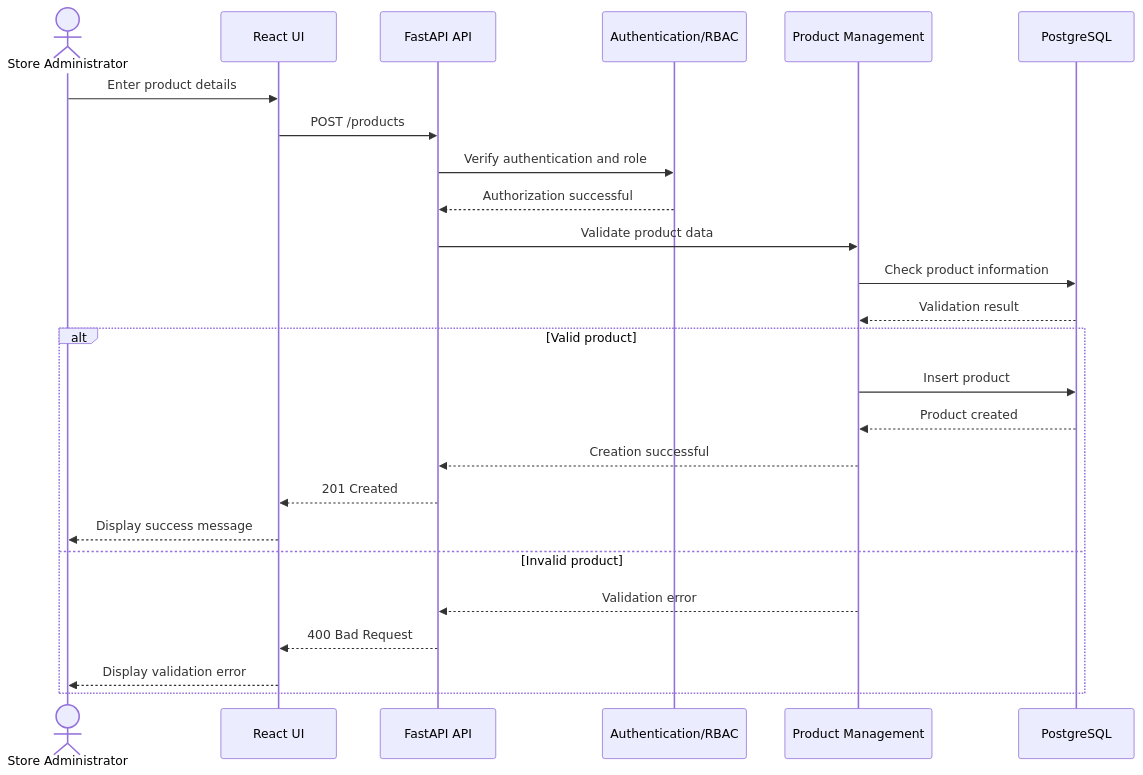
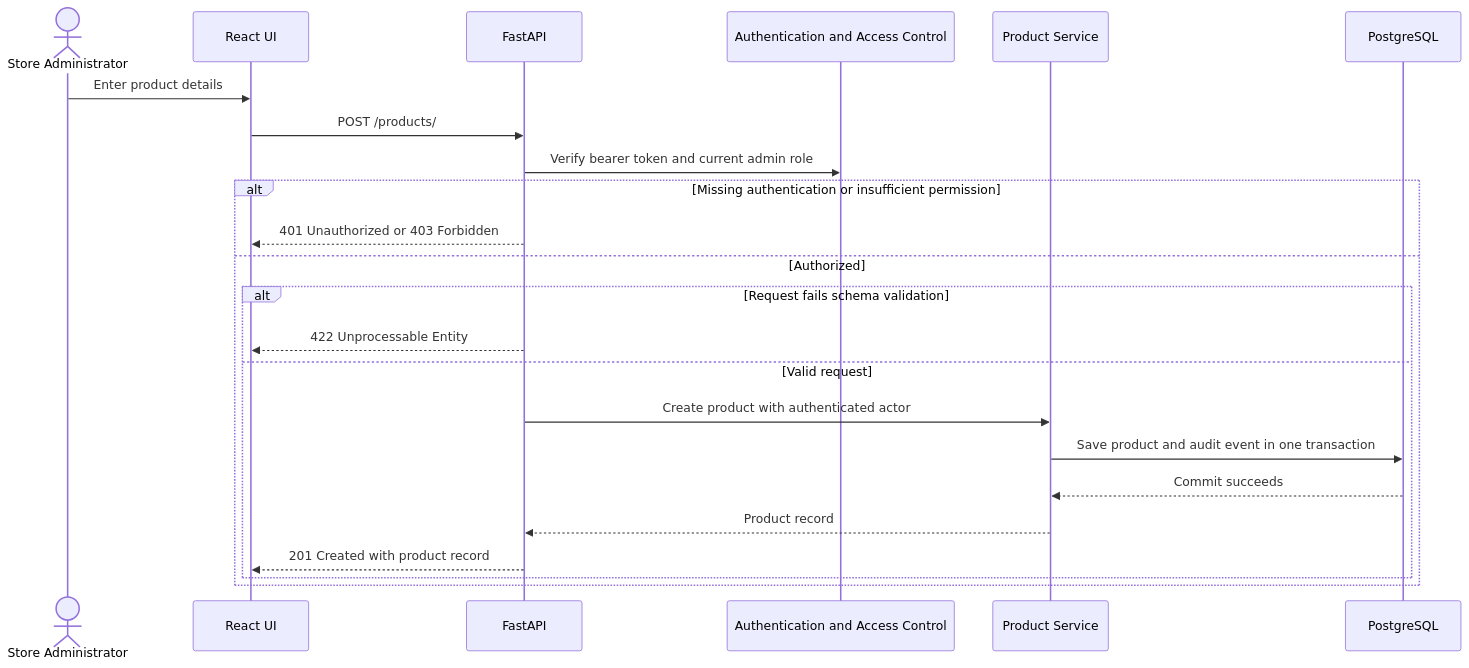
One commit to electronics-store-inventory-management/electronic-inventory-system changed the second of 3 diagrams in docs/architecture/Software_Architecture_and_Design.md. Above: the diagram before and after it, drawn with Mermaid. The commit also changed other lines of this file and 13 other files, not shown here.

````diff
--- a/docs/architecture/Software_Architecture_and_Design.md
+++ b/docs/architecture/Software_Architecture_and_Design.md
@@ -448,29 +462,26 @@
 ```mermaid
 sequenceDiagram
     actor Admin as Store Administrator
     participant UI as React UI
-    participant API as FastAPI API
-    participant Auth as Authentication/RBAC
-    participant Product as Product Management
+    participant API as FastAPI
+    participant Auth as Authentication and Access Control
+    participant Product as Product Service
     participant DB as PostgreSQL
 
     Admin->>UI: Enter product details
-    UI->>API: POST /products
-    API->>Auth: Verify authentication and role
-    Auth-->>API: Authorization successful
-    API->>Product: Validate product data
-    Product->>DB: Check product information
-    DB-->>Product: Validation result
-
-    alt Valid product
-        Product->>DB: Insert product
-        DB-->>Product: Product created
-        Product-->>API: Creation successful
-        API-->>UI: 201 Created
-        UI-->>Admin: Display success message
-    else Invalid product
-        Product-->>API: Validation error
-        API-->>UI: 400 Bad Request
-        UI-->>Admin: Display validation error
+    UI->>API: POST /products/
+    API->>Auth: Verify bearer token and current admin role
+    alt Missing authentication or insufficient permission
+        API-->>UI: 401 Unauthorized or 403 Forbidden
+    else Authorized
+        alt Request fails schema validation
+            API-->>UI: 422 Unprocessable Entity
+        else Valid request
+            API->>Product: Create product with authenticated actor
+            Product->>DB: Save product and audit event in one transaction
+            DB-->>Product: Commit succeeds
+            Product-->>API: Product record
+            API-->>UI: 201 Created with product record
+        end
     end
 ```
````
